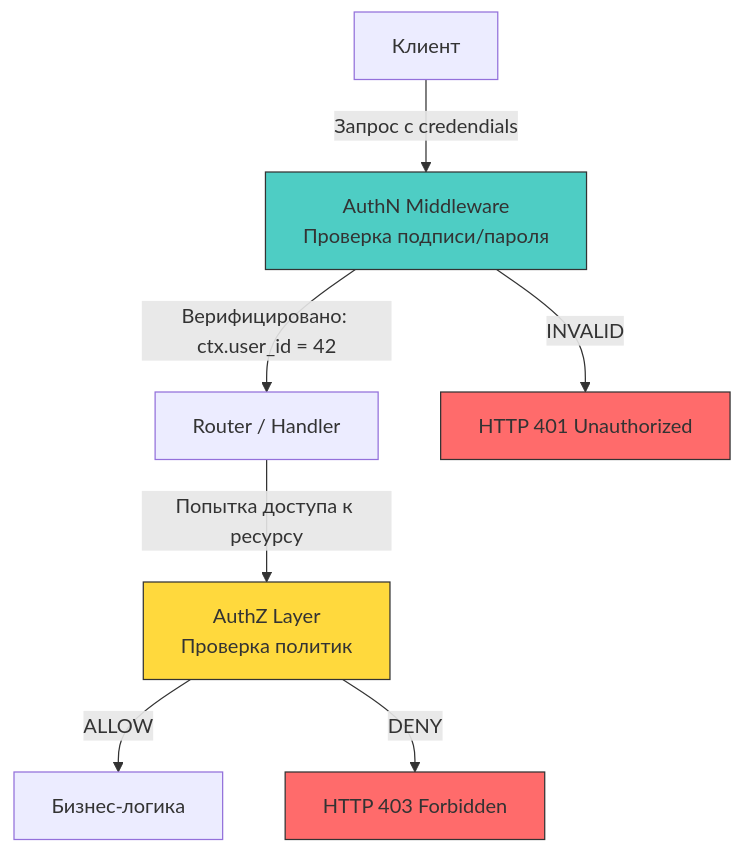
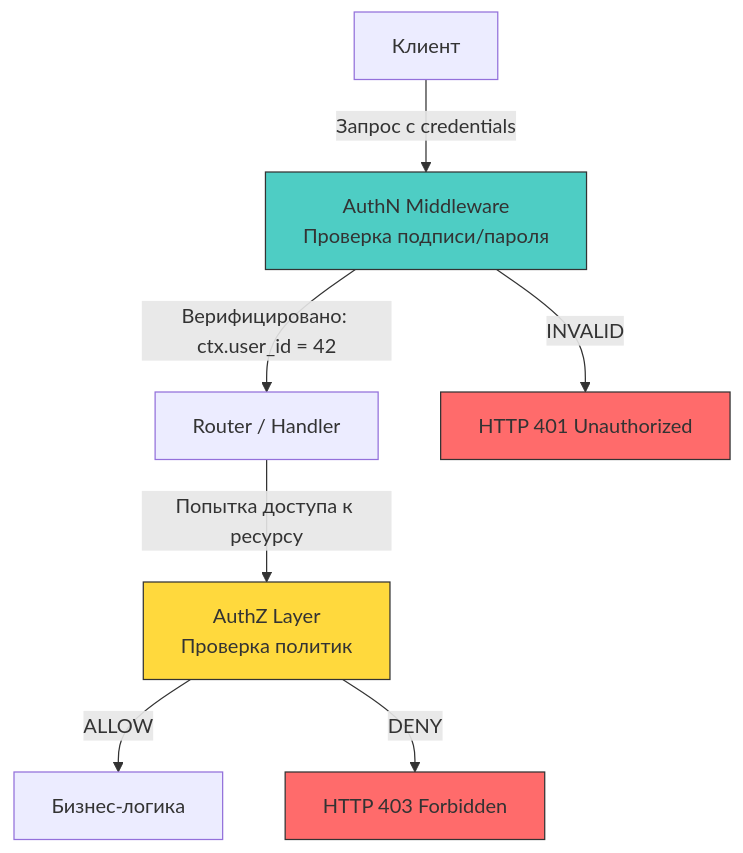
Before and after one commit to UnrealTemplier/go-textbook: the diagram in sources/17. Безопасность (AppSec в Go)/01. Фундамент/4. Аутентификация vs авторизация.md, drawn with Mermaid. The commit also changed other lines of this file, not shown here.

````diff
--- a/sources/17. Безопасность (AppSec в Go)/01. Фундамент/4. Аутентификация vs авторизация.md
+++ b/sources/17. Безопасность (AppSec в Go)/01. Фундамент/4. Аутентификация vs авторизация.md
@@ -14,14 +20,14 @@
 ```mermaid
 flowchart TD
-    A["Клиент"] -->|"Запрос с credendials"| B["AuthN Middleware<br>Проверка подписи/пароля"]
+    A["Клиент"] -->|"Запрос с credentials"| B["AuthN Middleware<br>Проверка подписи/пароля"]
     B -->|"Верифицировано: ctx.user_id = 42"| C["Router / Handler"]
     C -->|"Попытка доступа к ресурсу"| D["AuthZ Layer<br>Проверка политик"]
     D -->|"ALLOW"| E["Бизнес-логика"]
     D -->|"DENY"| F["HTTP 403 Forbidden"]
     B -->|"INVALID"| G["HTTP 401 Unauthorized"]
     
     style B fill:#4ecdc4,stroke:#333
     style D fill:#ffd93d,stroke:#333
     style G fill:#ff6b6b,stroke:#333
     style F fill:#ff6b6b,stroke:#333
 ```
````
